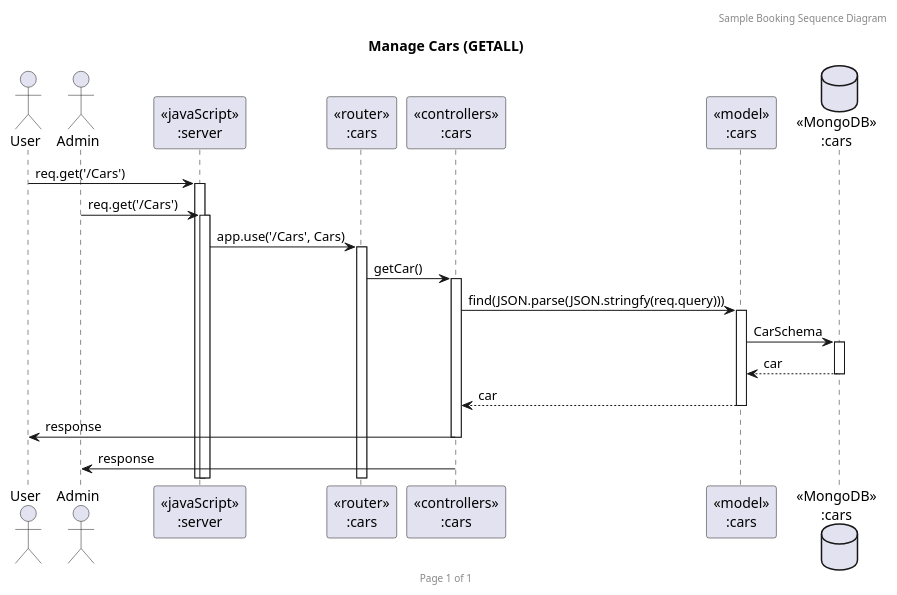
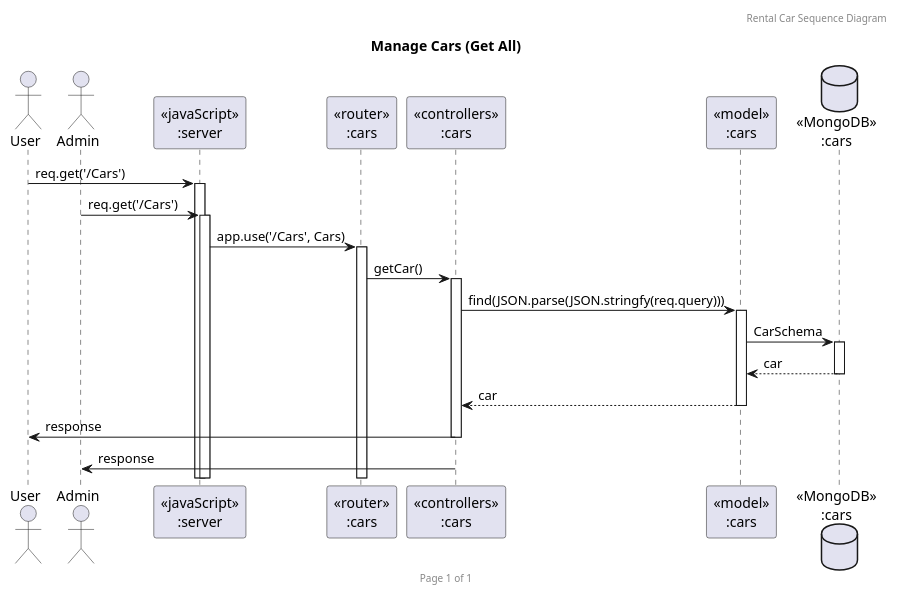
Before and after one commit to tahphalat/Backend-for-fe-project: the diagram in documents/Sequence/Cars/1GetAllCars.puml, drawn with PlantUML. The commit also changed 12 other files, not shown here.

Commit message:
satang adjust documents and plant uml files

```diff
--- a/documents/Sequence/Cars/1GetAllCars.puml
+++ b/documents/Sequence/Cars/1GetAllCars.puml
@@ -1,27 +1,27 @@
-@startuml Manage Cars (GETALL)
+@startuml Manage Cars (Get All)
 
-header Sample Booking Sequence Diagram
+header Rental Car Sequence Diagram
 footer Page %page% of %lastpage%
-title "Manage Cars (GETALL)"
+title "Manage Cars (Get All)"
 
 actor "User" as user
 actor "Admin" as admin
 participant "<<javaScript>>\n:server" as server
 participant "<<router>>\n:cars" as routerCars
 participant "<<controllers>>\n:cars" as controllersCars
 participant "<<model>>\n:cars" as modelCars
 database "<<MongoDB>>\n:cars" as CarsDatabase
 
 user -> server ++: req.get('/Cars')
 admin -> server ++: req.get('/Cars')
 
 server -> routerCars ++: app.use('/Cars', Cars)
 routerCars -> controllersCars ++: getCar()
 controllersCars -> modelCars ++: find(JSON.parse(JSON.stringfy(req.query)))
 modelCars ->  CarsDatabase ++: CarSchema
 modelCars <-- CarsDatabase --: car
 controllersCars <-- modelCars --: car
 user <- controllersCars --: response
 admin <- controllersCars --: response
 
 @enduml
```
